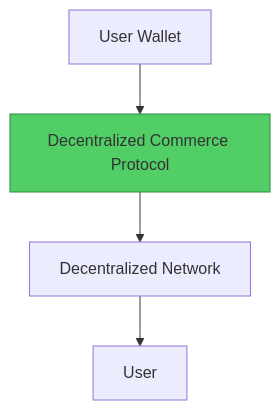
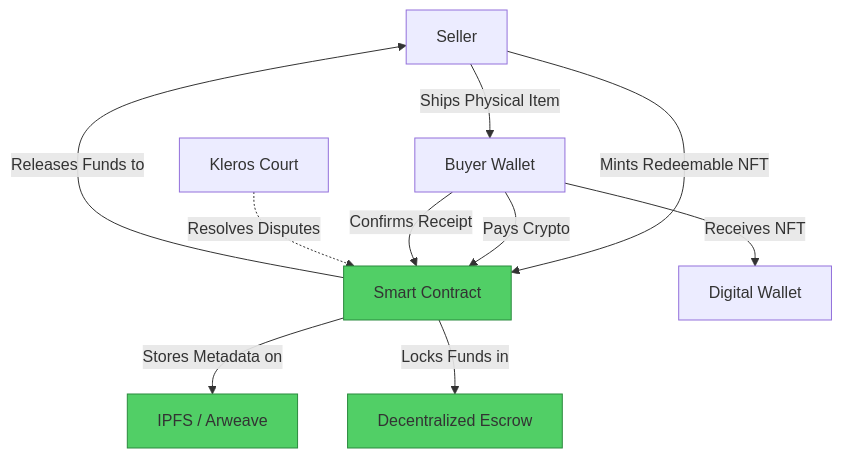
One commit to Elvatar2/Web2-To-Web3-Migration-Guide changed the second of 2 diagrams in 08-marketplaces/03-amazon-to-decentralized-commerce.md. Above: the diagram before and after it, drawn with Mermaid. The commit also changed other lines of this file, not shown here.

````diff
--- a/08-marketplaces/03-amazon-to-decentralized-commerce.md
+++ b/08-marketplaces/03-amazon-to-decentralized-commerce.md
@@ -63,8 +79,16 @@
 ```mermaid
 graph TB
-    A[User Wallet] --> B[Decentralized Commerce Protocol]
-    B --> C[Decentralized Network]
-    C --> D[User]
+    A[Seller] -->|Mints Redeemable NFT| B[Smart Contract]
+    B -->|Stores Metadata on| C[IPFS / Arweave]
+    D[Buyer Wallet] -->|Pays Crypto| B
+    B -->|Locks Funds in| E[Decentralized Escrow]
+    D -->|Receives NFT| F[Digital Wallet]
+    A -->|Ships Physical Item| D
+    D -->|Confirms Receipt| B
+    B -->|Releases Funds to| A
+    G[Kleros Court] -.->|Resolves Disputes| B
 
     style B fill:#51cf66,stroke:#2b8a3e
+    style C fill:#51cf66,stroke:#2b8a3e
+    style E fill:#51cf66,stroke:#2b8a3e
 ```
````
